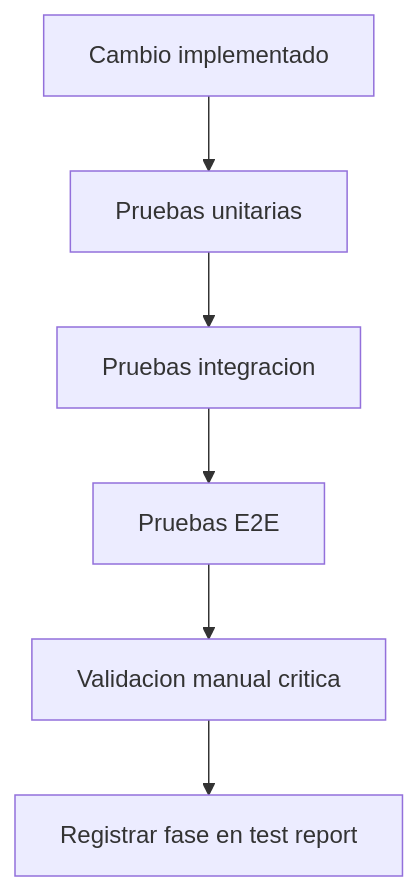
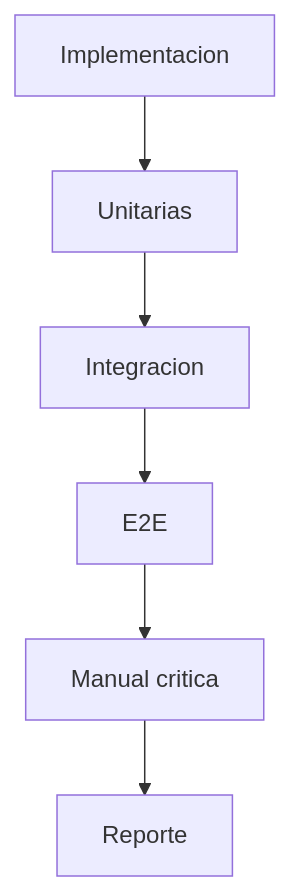
Before and after one commit to Robertoart13/NewKipital: the diagram in docs/10-testing-qa/TESTING-QA-CONSOLIDADO.md, drawn with Mermaid. The commit also changed other lines of this file and 119 other files, not shown here.

````diff
--- a/docs/10-testing-qa/TESTING-QA-CONSOLIDADO.md
+++ b/docs/10-testing-qa/TESTING-QA-CONSOLIDADO.md
@@ -6,8 +13,8 @@
 ```mermaid
 flowchart TD
-  A[Cambio implementado] --> B[Pruebas unitarias]
-  B --> C[Pruebas integracion]
-  C --> D[Pruebas E2E]
-  D --> E[Validacion manual critica]
-  E --> F[Registrar fase en test report]
+  A[Implementacion] --> B[Unitarias]
+  B --> C[Integracion]
+  C --> D[E2E]
+  D --> E[Manual critica]
+  E --> F[Reporte]
 ```
````
